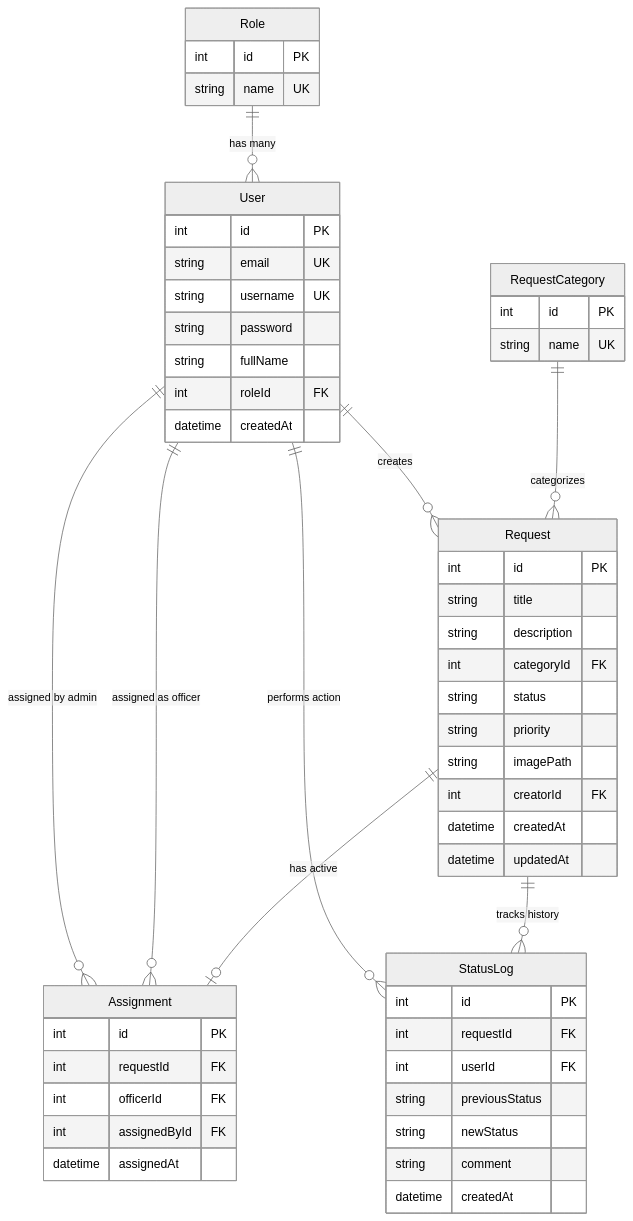
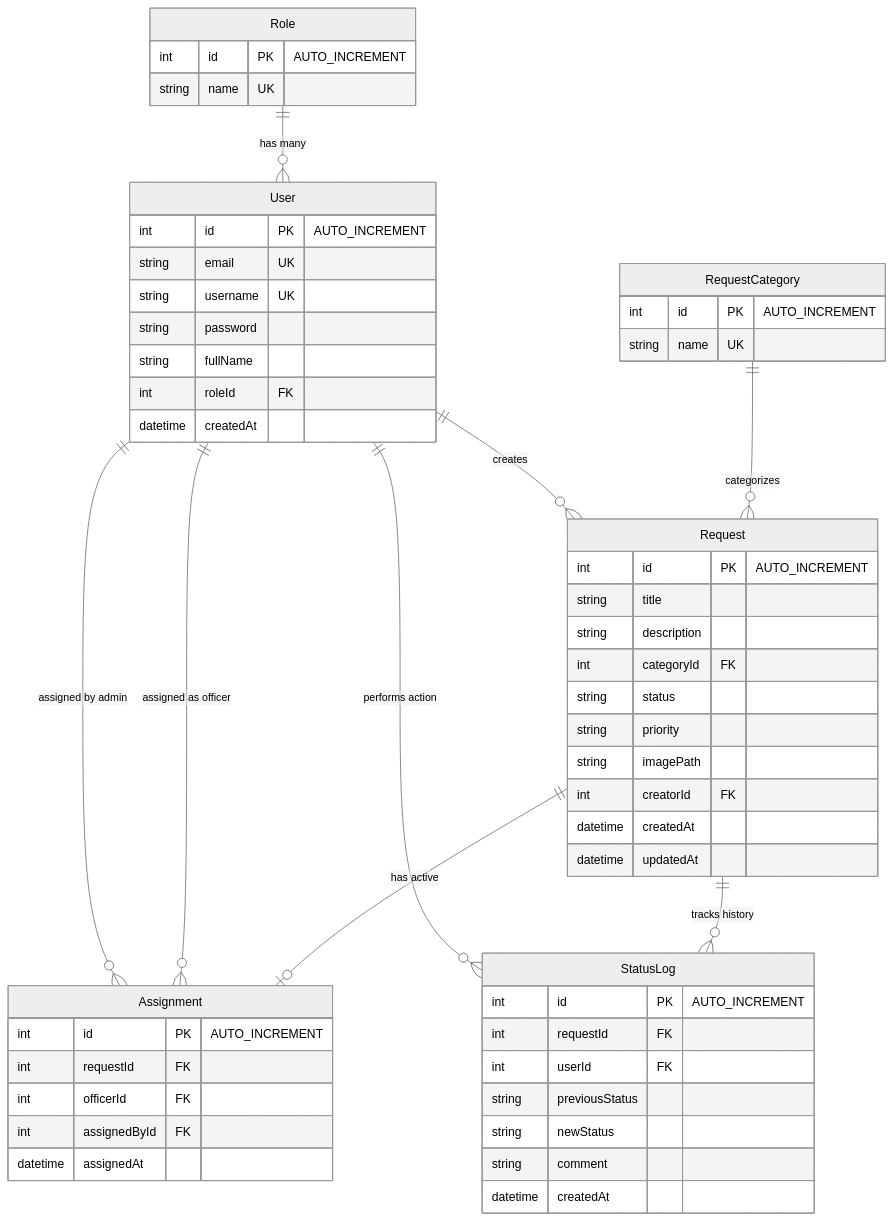
The second of 2 diagrams in TECHNICAL_PROJECT_REPORT.md (lesileugwulebo/university-maintenance-system), drawn with Mermaid (neutral theme) before and after one commit. The commit also changed other lines of this file, not shown here.

````diff
--- a/TECHNICAL_PROJECT_REPORT.md
+++ b/TECHNICAL_PROJECT_REPORT.md
@@ -88,62 +89,62 @@
 ```mermaid
 erDiagram
     Role ||--o{ User : "has many"
     RequestCategory ||--o{ Request : "categorizes"
     User ||--o{ Request : "creates"
     Request ||--o| Assignment : "has active"
     User ||--o{ Assignment : "assigned as officer"
     User ||--o{ Assignment : "assigned by admin"
     Request ||--o{ StatusLog : "tracks history"
     User ||--o{ StatusLog : "performs action"
 
     Role {
-        int id PK
+        int id PK "AUTO_INCREMENT"
         string name UK
     }
 
     User {
-        int id PK
+        int id PK "AUTO_INCREMENT"
         string email UK
         string username UK
         string password
         string fullName
         int roleId FK
         datetime createdAt
     }
 
     RequestCategory {
-        int id PK
+        int id PK "AUTO_INCREMENT"
         string name UK
     }
 
     Request {
-        int id PK
+        int id PK "AUTO_INCREMENT"
         string title
         string description
         int categoryId FK
         string status
         string priority
         string imagePath
         int creatorId FK
         datetime createdAt
         datetime updatedAt
     }
 
     Assignment {
-        int id PK
+        int id PK "AUTO_INCREMENT"
         int requestId FK
         int officerId FK
         int assignedById FK
         datetime assignedAt
     }
 
     StatusLog {
-        int id PK
+        int id PK "AUTO_INCREMENT"
         int requestId FK
         int userId FK
         string previousStatus
         string newStatus
         string comment
         datetime createdAt
     }
 ```
````
